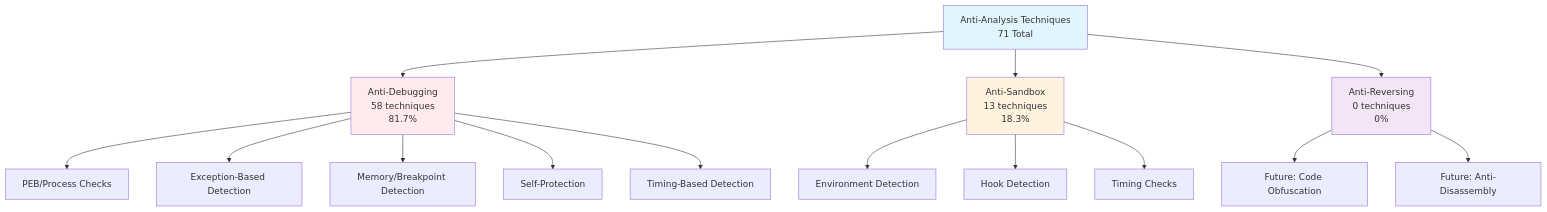
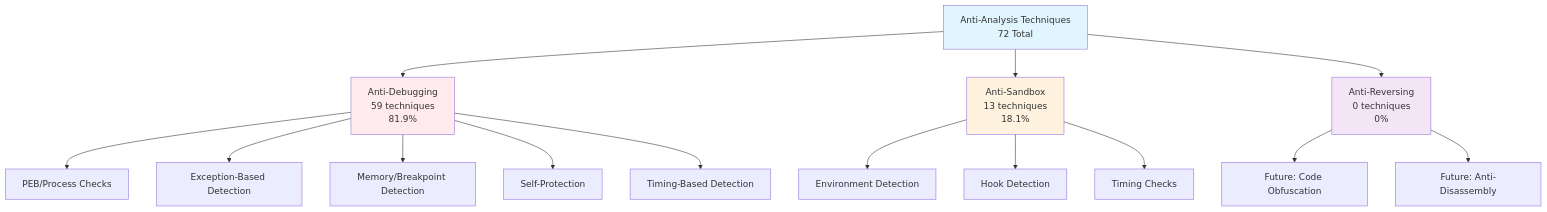
One commit to mabj/anti changed the first of 8 diagrams in docs/diagrams/taxonomy.md. Above: the diagram before and after it, drawn with Mermaid. The commit also changed other lines of this file and 9 other files, not shown here.

Commit message:
Adding new anti-debugging technique AD059

````diff
--- a/docs/diagrams/taxonomy.md
+++ b/docs/diagrams/taxonomy.md
@@ -7,24 +7,24 @@
 ```mermaid
 graph TB
-    A[Anti-Analysis Techniques<br/>71 Total] --> B[Anti-Debugging<br/>58 techniques<br/>81.7%]
-    A --> C[Anti-Sandbox<br/>13 techniques<br/>18.3%]
+    A[Anti-Analysis Techniques<br/>72 Total] --> B[Anti-Debugging<br/>59 techniques<br/>81.9%]
+    A --> C[Anti-Sandbox<br/>13 techniques<br/>18.1%]
     A --> D[Anti-Reversing<br/>0 techniques<br/>0%]
 
     B --> B1[PEB/Process Checks]
     B --> B2[Exception-Based Detection]
     B --> B3[Memory/Breakpoint Detection]
     B --> B4[Self-Protection]
     B --> B5[Timing-Based Detection]
 
     C --> C1[Environment Detection]
     C --> C2[Hook Detection]
     C --> C3[Timing Checks]
 
     D --> D1[Future: Code Obfuscation]
     D --> D2[Future: Anti-Disassembly]
 
     style A fill:#e1f5ff
     style B fill:#ffebee
     style C fill:#fff3e0
     style D fill:#f3e5f5
 ```
````
